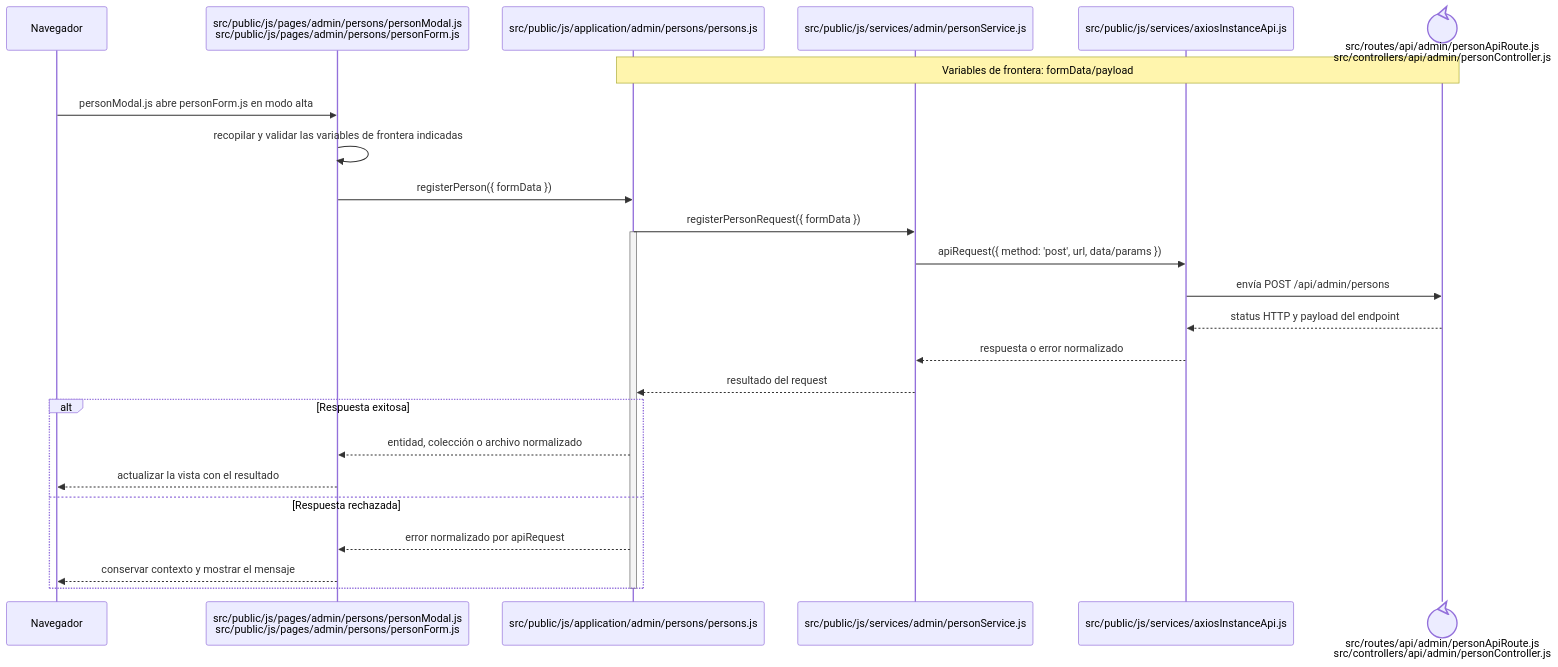
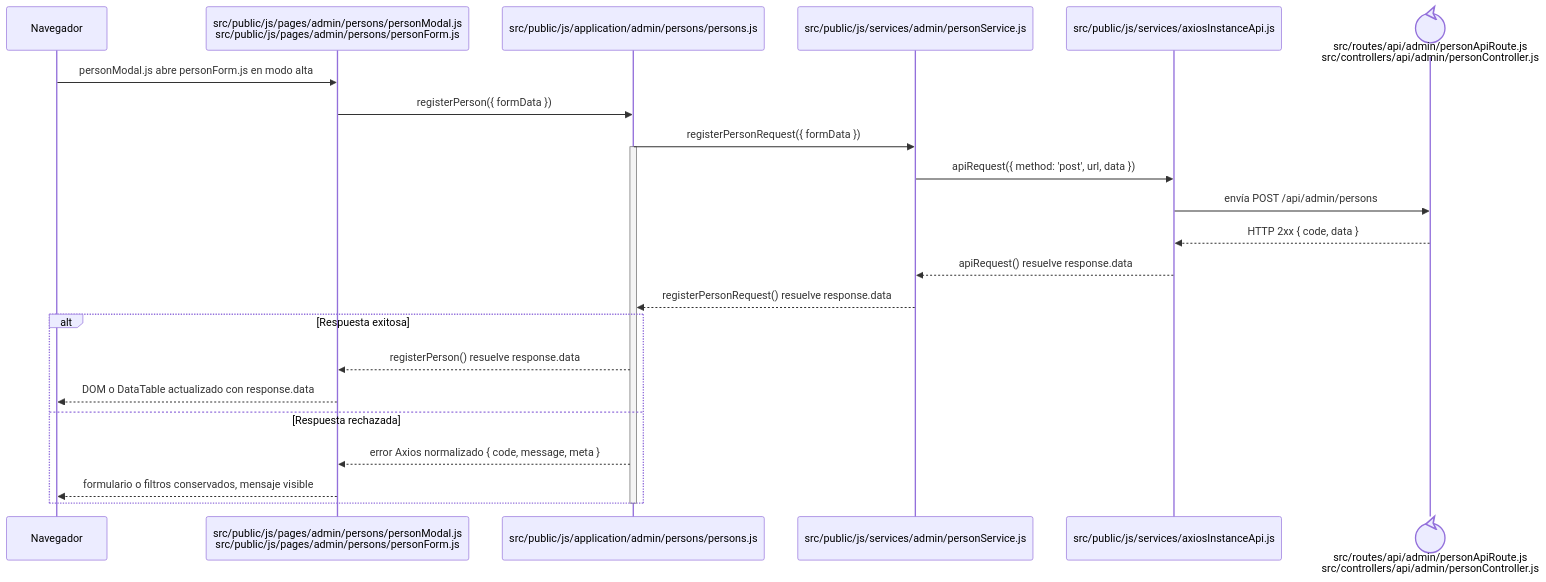
The diagram in docs/architecture/frontend-code-sequences/identity-access/cu-ida-02.md (gpgsistemas01/nexus), drawn with Mermaid before and after one commit. The commit also changed 148 other files, not shown here.

````diff
--- a/docs/architecture/frontend-code-sequences/identity-access/cu-ida-02.md
+++ b/docs/architecture/frontend-code-sequences/identity-access/cu-ida-02.md
@@ -6,29 +6,27 @@
 ```mermaid
 sequenceDiagram
     participant Browser as Navegador
     participant View as src/public/js/pages/admin/persons/personModal.js<br/>src/public/js/pages/admin/persons/personForm.js
     participant Application as src/public/js/application/admin/persons/persons.js
     participant Request as src/public/js/services/admin/personService.js
     participant HTTP as src/public/js/services/axiosInstanceApi.js
     participant Transport@{ "type": "control" } as src/routes/api/admin/personApiRoute.js<br/>src/controllers/api/admin/personController.js
-    Note over Application,Transport: Variables de frontera: formData/payload
 
     Browser->>View: personModal.js abre personForm.js en modo alta
-    View->>View: recopilar y validar las variables de frontera indicadas
     View->>Application: registerPerson({ formData })
     Application->>Request: registerPersonRequest({ formData })
     activate Application
-    Request->>HTTP: apiRequest({ method: 'post', url, data/params })
+    Request->>HTTP: apiRequest({ method: 'post', url, data })
     HTTP->>Transport: envía POST /api/admin/persons
-    Transport-->>HTTP: status HTTP y payload del endpoint
-    HTTP-->>Request: respuesta o error normalizado
-    Request-->>Application: resultado del request
+    Transport-->>HTTP: HTTP 2xx { code, data }
+    HTTP-->>Request: apiRequest() resuelve response.data
+    Request-->>Application: registerPersonRequest() resuelve response.data
     alt Respuesta exitosa
-        Application-->>View: entidad, colección o archivo normalizado
-        View-->>Browser: actualizar la vista con el resultado
+        Application-->>View: registerPerson() resuelve response.data
+        View-->>Browser: DOM o DataTable actualizado con response.data
     else Respuesta rechazada
-        Application-->>View: error normalizado por apiRequest
-        View-->>Browser: conservar contexto y mostrar el mensaje
+        Application-->>View: error Axios normalizado { code, message, meta }
+        View-->>Browser: formulario o filtros conservados, mensaje visible
     end
     deactivate Application
 ```
````
